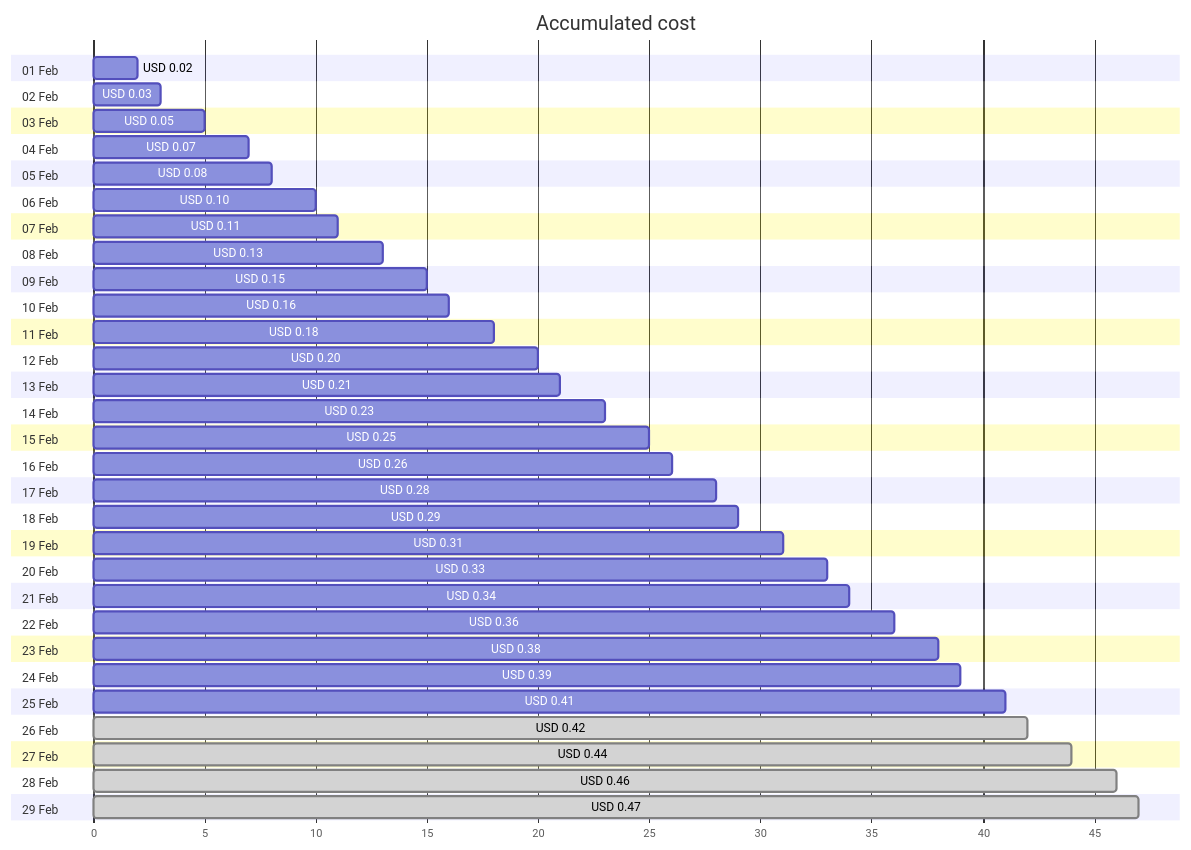
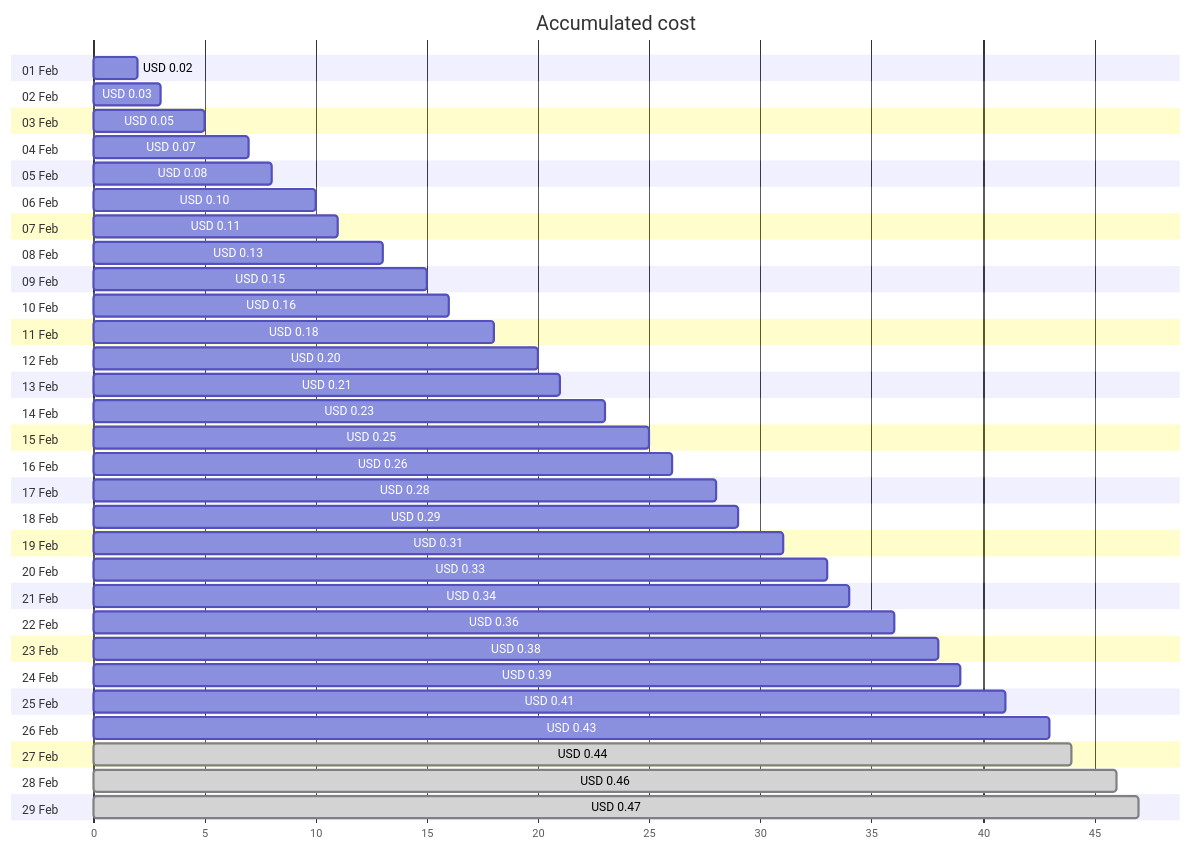
The first of 4 diagrams in cost-reports/personal-dns/jpatrickfulton.com.md (jpfulton/azure-personal-reports), drawn with Mermaid before and after one commit. The commit also changed other lines of this file and 2 other files, not shown here.

````diff
--- a/cost-reports/personal-dns/jpatrickfulton.com.md
+++ b/cost-reports/personal-dns/jpatrickfulton.com.md
@@ -20,64 +20,64 @@
 ```mermaid
 gantt
    title Accumulated cost
    dateFormat  X
    axisFormat %s
    section 01 Feb
    USD 0.02 :0, 2
    section 02 Feb
    USD 0.03 :0, 3
    section 03 Feb
    USD 0.05 :0, 5
    section 04 Feb
    USD 0.07 :0, 7
    section 05 Feb
    USD 0.08 :0, 8
    section 06 Feb
    USD 0.10 :0, 10
    section 07 Feb
    USD 0.11 :0, 11
    section 08 Feb
    USD 0.13 :0, 13
    section 09 Feb
    USD 0.15 :0, 15
    section 10 Feb
    USD 0.16 :0, 16
    section 11 Feb
    USD 0.18 :0, 18
    section 12 Feb
    USD 0.20 :0, 20
    section 13 Feb
    USD 0.21 :0, 21
    section 14 Feb
    USD 0.23 :0, 23
    section 15 Feb
    USD 0.25 :0, 25
    section 16 Feb
    USD 0.26 :0, 26
    section 17 Feb
    USD 0.28 :0, 28
    section 18 Feb
    USD 0.29 :0, 29
    section 19 Feb
    USD 0.31 :0, 31
    section 20 Feb
    USD 0.33 :0, 33
    section 21 Feb
    USD 0.34 :0, 34
    section 22 Feb
    USD 0.36 :0, 36
    section 23 Feb
    USD 0.38 :0, 38
    section 24 Feb
    USD 0.39 :0, 39
    section 25 Feb
    USD 0.41 :0, 41
    section 26 Feb
-   USD 0.42 : done, 0, 42
+   USD 0.43 :0, 43
    section 27 Feb
    USD 0.44 : done, 0, 44
    section 28 Feb
    USD 0.46 : done, 0, 46
    section 29 Feb
    USD 0.47 : done, 0, 47
 ```
````
